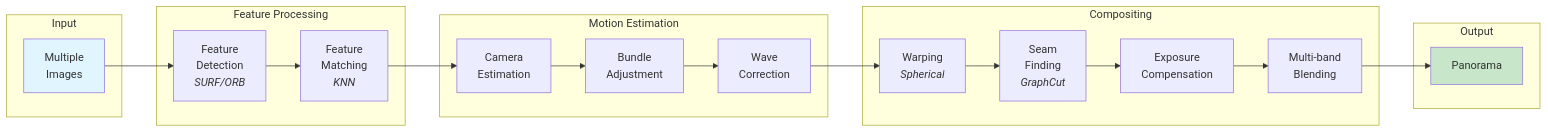
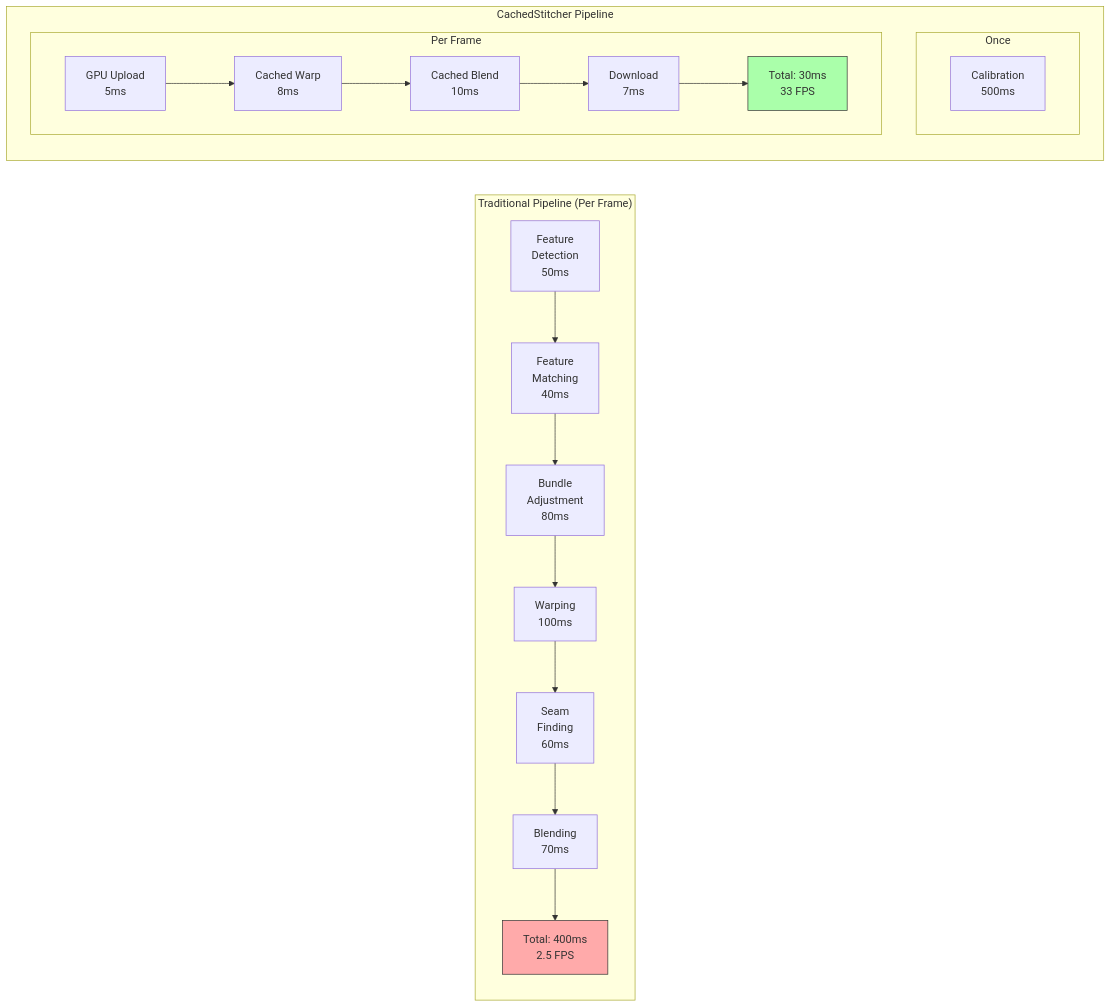
Before and after one commit to Tony363/opencvStitch: the fourth of 5 diagrams in README.md, drawn with Mermaid. The commit also changed other lines of this file, not shown here.

````diff
--- a/README.md
+++ b/README.md
@@ -89,33 +344,27 @@
 ```mermaid
 graph LR
-    subgraph "Input"
-        IMG[Multiple<br/>Images]
+    subgraph "Traditional Pipeline (Per Frame)"
+        T1[Feature<br/>Detection<br/>50ms] --> T2[Feature<br/>Matching<br/>40ms]
+        T2 --> T3[Bundle<br/>Adjustment<br/>80ms]
+        T3 --> T4[Warping<br/>100ms]
+        T4 --> T5[Seam<br/>Finding<br/>60ms]
+        T5 --> T6[Blending<br/>70ms]
+        T6 --> T7[Total: 400ms<br/>2.5 FPS]
     end
 
-    subgraph "Feature Processing"
-        FD[Feature<br/>Detection<br/><i>SURF/ORB</i>]
-        FM[Feature<br/>Matching<br/><i>KNN</i>]
+    subgraph "CachedStitcher Pipeline"
+        subgraph "Once"
+            C1[Calibration<br/>500ms]
+        end
+
+        subgraph "Per Frame"
+            C2[GPU Upload<br/>5ms] --> C3[Cached Warp<br/>8ms]
+            C3 --> C4[Cached Blend<br/>10ms]
+            C4 --> C5[Download<br/>7ms]
+            C5 --> C6[Total: 30ms<br/>33 FPS]
+        end
     end
 
-    subgraph "Motion Estimation"
-        ME[Camera<br/>Estimation]
-        BA[Bundle<br/>Adjustment]
-        WC[Wave<br/>Correction]
-    end
-
-    subgraph "Compositing"
-        WRP[Warping<br/><i>Spherical</i>]
-        SF[Seam<br/>Finding<br/><i>GraphCut</i>]
-        EC[Exposure<br/>Compensation]
-        BL[Multi-band<br/>Blending]
-    end
-
-    subgraph "Output"
-        PANO[Panorama]
-    end
-
-    IMG --> FD --> FM --> ME --> BA --> WC --> WRP --> SF --> EC --> BL --> PANO
-
-    style IMG fill:#e1f5fe
-    style PANO fill:#c8e6c9
+    style T7 fill:#faa,stroke:#333
+    style C6 fill:#afa,stroke:#333
 ```
````
